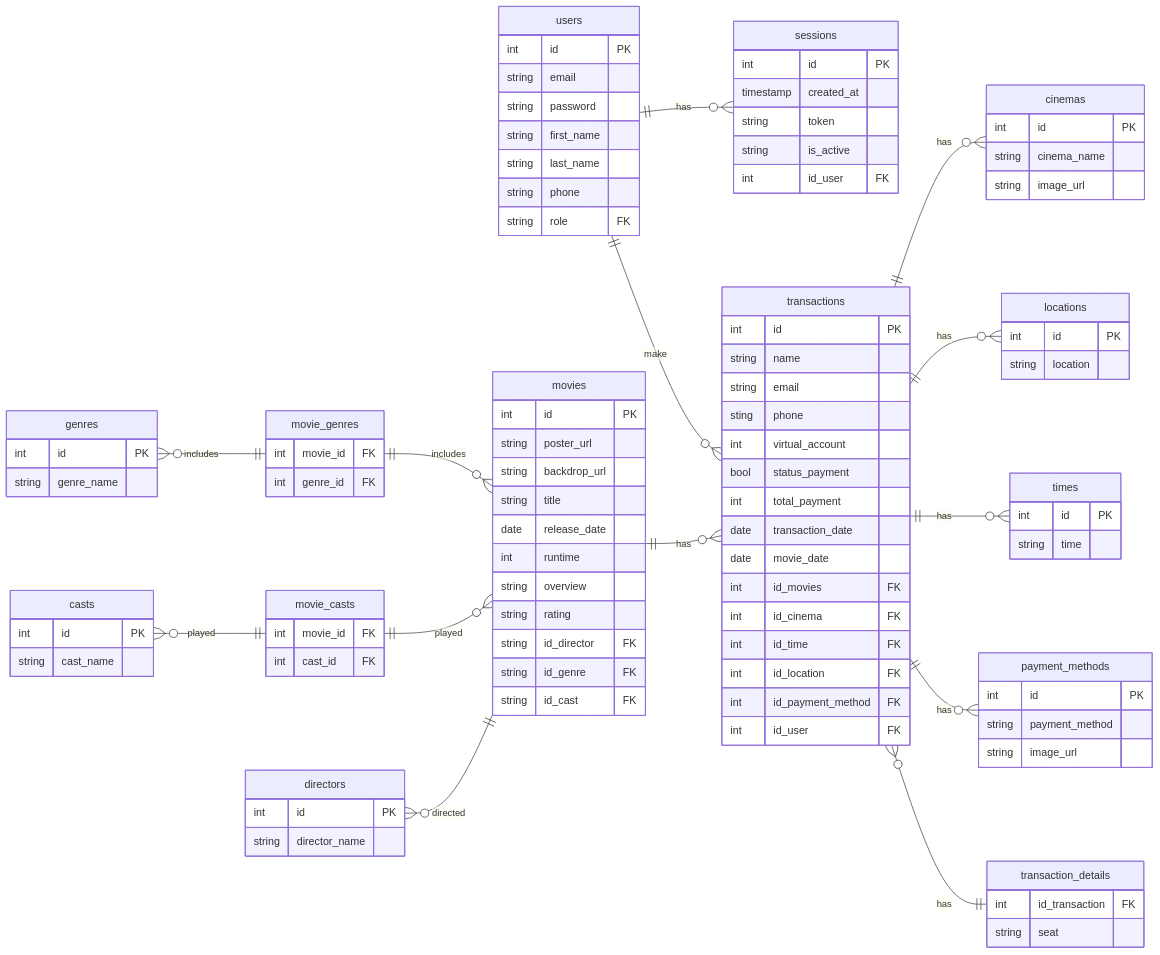
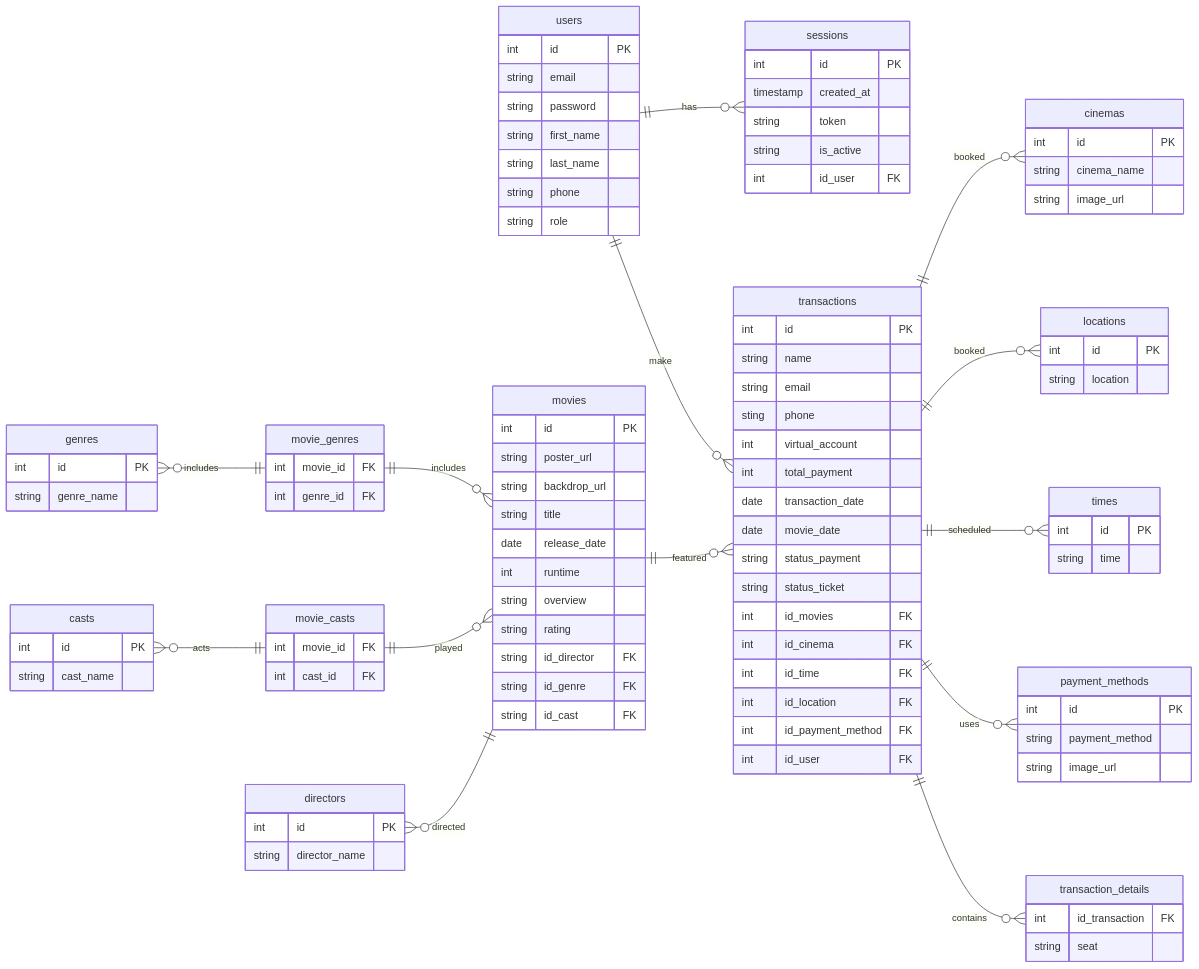
The diagram in readme.md (yusufbahtiarr/fgo24-db-weeklytask), drawn with Mermaid before and after one commit.

Commit message:
chore: add attributes to tables and redefine relationship labels

```diff
--- a/readme.md
+++ b/readme.md
@@ -9,14 +9,14 @@
   movie_genres ||--o{ movies : includes
   genres }o--|| movie_genres : includes
   users ||--o{ transactions : make
-  transactions ||--o{ cinemas : has
-  transactions ||--o{ locations : has
-  transactions ||--o{ times : has
-  transactions ||--o{ payment_methods : has
-  transactions }o--|| transaction_details : has
-  movies ||--o{ transactions : has
+  transactions ||--o{ cinemas : booked
+  transactions ||--o{ locations : booked
+  transactions ||--o{ times : scheduled
+  transactions ||--o{ payment_methods : uses
+  transactions ||--o{ transaction_details : contains
+  movies ||--o{ transactions : featured
   movie_casts ||--o{  movies  : played
-  casts }o--|| movie_casts : played
+  casts }o--|| movie_casts : acts
   directors }o--|| movies : directed
 
 
@@ -27,7 +27,7 @@
     string first_name
     string last_name
     string phone
-    string role FK
+    string role
   }
   sessions {
     int id PK
@@ -80,10 +80,11 @@
     string email
     sting phone
     int virtual_account
-    bool status_payment
     int total_payment
     date transaction_date
     date movie_date
+    string status_payment
+    string status_ticket
     int id_movies FK
     int id_cinema FK
     int id_time FK
```
